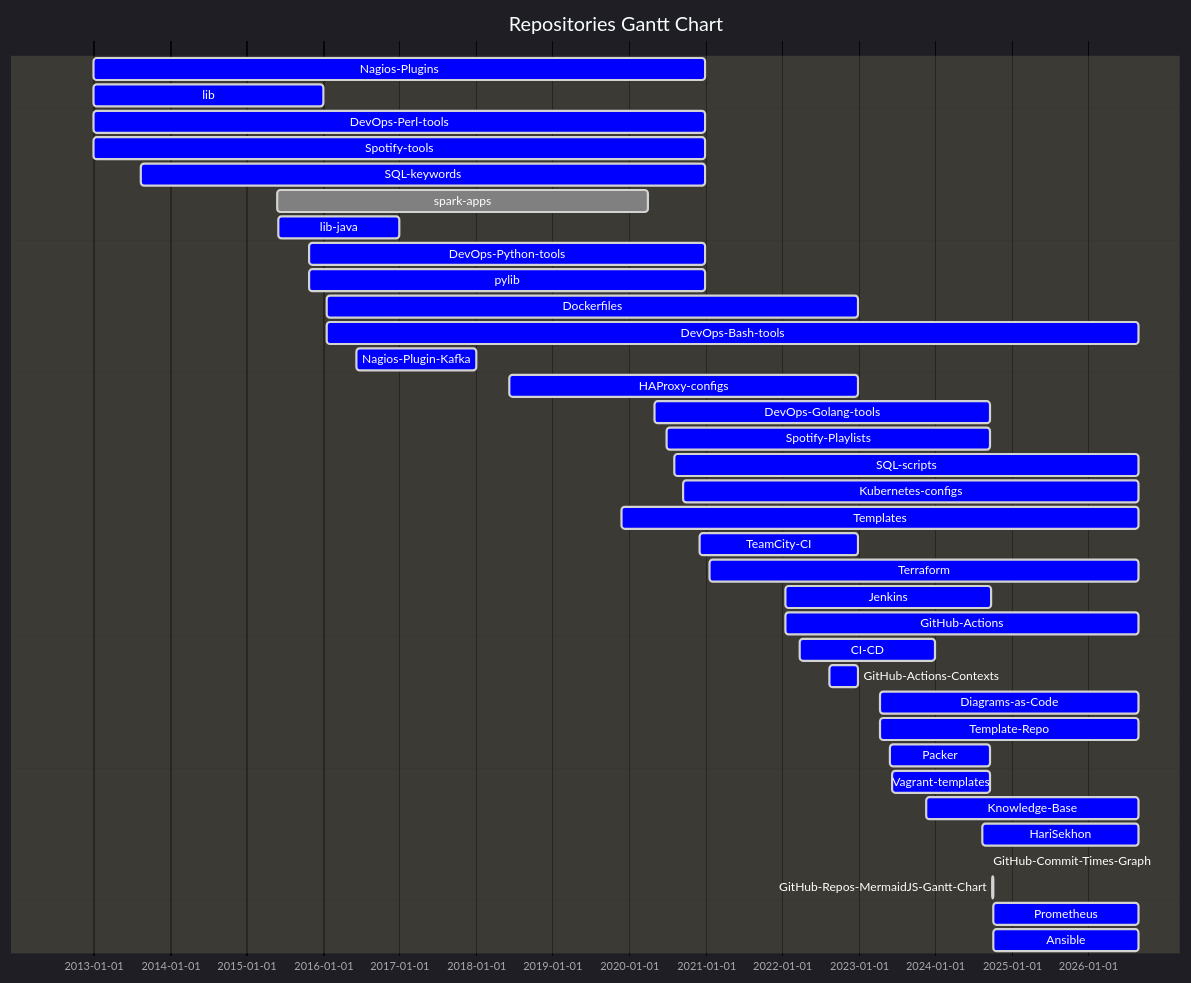
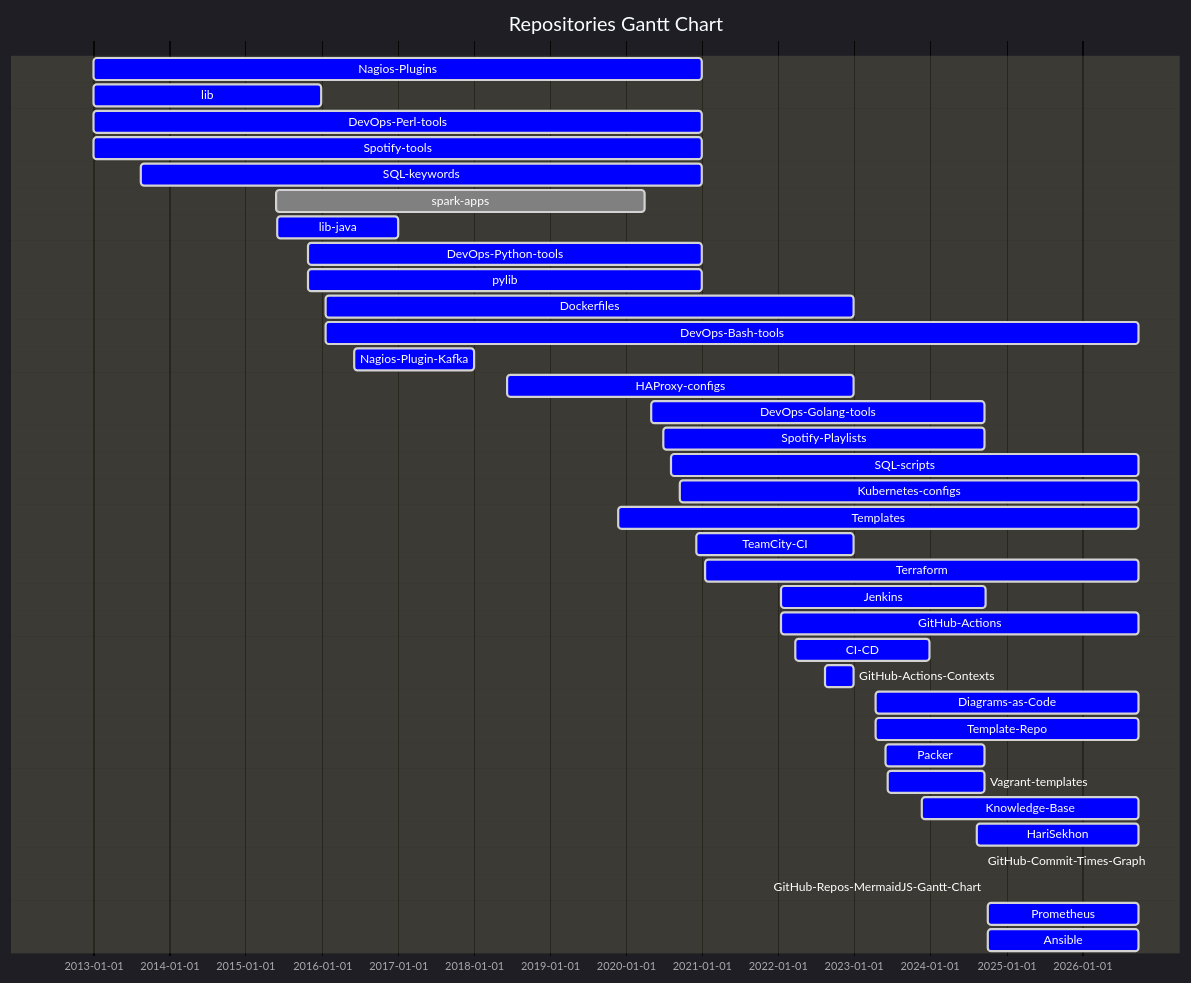
The first of 2 diagrams in README.md (HariSekhon/HariSekhon), drawn with Mermaid before and after one commit. The commit also changed other lines of this file, not shown here.

````diff
--- a/README.md
+++ b/README.md
@@ -1286,58 +1286,58 @@
 ```mermaid
 %%{ init: {
         "topAxis": true,
         "logLevel": "debug",
         'theme': 'dark',
         'themeVariables': {
           'activeTaskBkgColor': '#0000ff',
           'activeTaskBorderColor': 'lightgrey',
           'critBorderColor': 'lightgrey',
           'doneTaskBkgColor': 'grey',
           'doneTaskBorderColor': 'lightgrey',
           'taskBkgColor': 'black',
           'taskBorderColor': 'black',
           'taskTextColor': 'white',
           'taskTextDarkColor': 'white',
           'taskTextLightColor': 'black',
           'todayLineColor': 'red'
         }
     }
 }%%
 gantt
     dateFormat  YYYY-MM-DD
     title Repositories Gantt Chart
     Nagios-Plugins : active, 2012-12-30, 2020-12-31
     lib : active, 2012-12-30, 2015-12-31
     DevOps-Perl-tools : active, 2012-12-30, 2020-12-31
     Spotify-tools : active, 2012-12-30, 2020-12-31
     SQL-keywords : active, 2013-08-13, 2020-12-31
     spark-apps : done, 2015-05-25, 2020-04-02
     lib-java : active, 2015-05-31, 2016-12-31
     DevOps-Python-tools : active, 2015-10-27, 2020-12-31
     pylib : active, 2015-10-27, 2020-12-31
     Dockerfiles : active, 2016-01-17, 2022-12-31
-    DevOps-Bash-tools : active, 2016-01-17, 2026-08-30
+    DevOps-Bash-tools : active, 2016-01-17, 2026-09-30
     Nagios-Plugin-Kafka : active, 2016-06-07, 2017-12-31
     HAProxy-configs : active, 2018-06-08, 2022-12-31
     DevOps-Golang-tools : active, 2020-04-30, 2024-09-22
     Spotify-Playlists : active, 2020-06-29, 2024-09-22
-    SQL-scripts : active, 2020-08-05, 2026-08-30
-    Kubernetes-configs : active, 2020-09-16, 2026-08-30
-    Templates : active, 2019-11-25, 2026-08-30
+    SQL-scripts : active, 2020-08-05, 2026-09-30
+    Kubernetes-configs : active, 2020-09-16, 2026-09-30
+    Templates : active, 2019-11-25, 2026-09-30
     TeamCity-CI : active, 2020-12-03, 2022-12-31
-    Terraform : active, 2021-01-18, 2026-08-30
+    Terraform : active, 2021-01-18, 2026-09-30
     Jenkins : active, 2022-01-17, 2024-09-23
-    GitHub-Actions : active, 2022-01-17, 2026-08-30
+    GitHub-Actions : active, 2022-01-17, 2026-09-30
     CI-CD : active, 2022-03-25, 2023-12-31
     GitHub-Actions-Contexts : active, 2022-08-17, 2022-12-31
-    Diagrams-as-Code : active, 2023-04-14, 2026-08-30
-    Template-Repo : active, 2023-04-15, 2026-08-30
+    Diagrams-as-Code : active, 2023-04-14, 2026-09-30
+    Template-Repo : active, 2023-04-15, 2026-09-30
     Packer : active, 2023-06-02, 2024-09-21
     Vagrant-templates : active, 2023-06-12, 2024-09-21
-    Knowledge-Base : active, 2023-11-22, 2026-08-30
-    HariSekhon : active, 2024-08-14, 2026-08-30
+    Knowledge-Base : active, 2023-11-22, 2026-09-30
+    HariSekhon : active, 2024-08-14, 2026-09-30
     GitHub-Commit-Times-Graph : active, 2024-09-07, 2024-09-08
     GitHub-Repos-MermaidJS-Gantt-Chart : active, 2024-10-02, 2024-10-03
-    Prometheus : active, 2024-10-08, 2026-08-30
-    Ansible : active, 2024-10-08, 2026-08-30
+    Prometheus : active, 2024-10-08, 2026-09-30
+    Ansible : active, 2024-10-08, 2026-09-30
 ```
````
